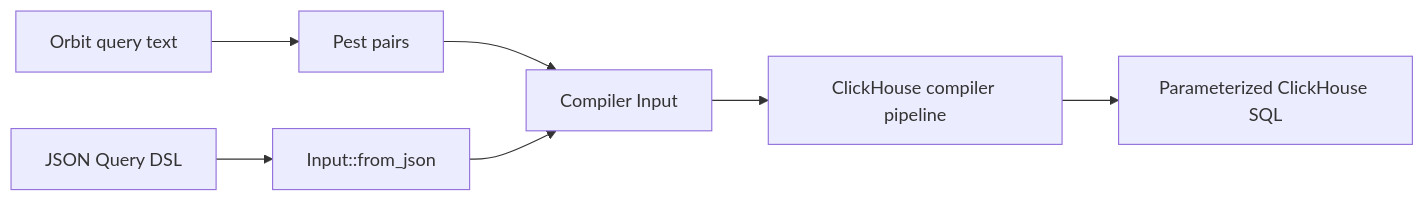
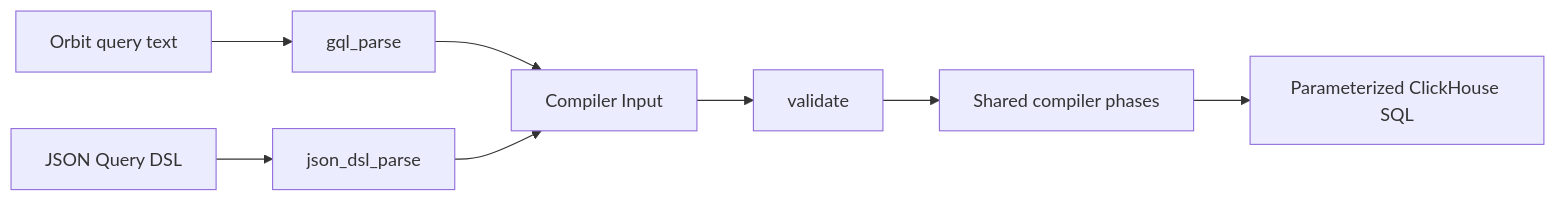
One commit to gitlabhq/orbit-knowledge-graph changed the diagram in docs/design-documents/querying/orbit_query_frontend.md. Above: the diagram before and after it, drawn with Mermaid. The commit also changed other lines of this file and 58 other files, not shown here.

````diff
--- a/docs/design-documents/querying/orbit_query_frontend.md
+++ b/docs/design-documents/querying/orbit_query_frontend.md
@@ -27,9 +27,10 @@
 ```mermaid
 flowchart LR
-    Text[Orbit query text] --> Pest[Pest pairs]
-    Pest --> Input[Compiler Input]
-    JSON[JSON Query DSL] --> FromJson[Input::from_json]
-    FromJson --> Input
-    Input --> Pipeline[ClickHouse compiler pipeline]
+    Gql[Orbit query text] --> GqlParse[gql_parse]
+    JSON[JSON Query DSL] --> JsonDslParse[json_dsl_parse]
+    GqlParse --> Input[Compiler Input]
+    JsonDslParse --> Input
+    Input --> Validate[validate]
+    Validate --> Pipeline[Shared compiler phases]
     Pipeline --> SQL[Parameterized ClickHouse SQL]
 ```
````
